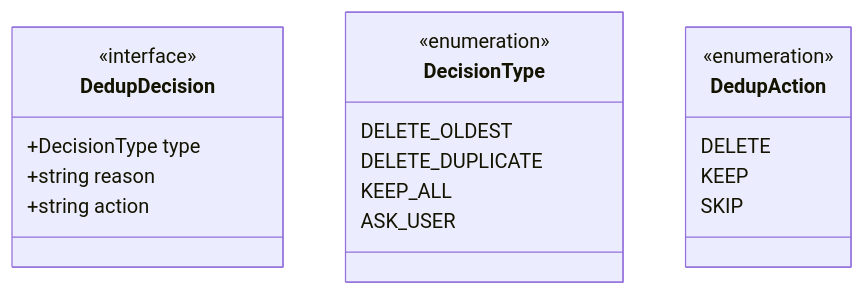
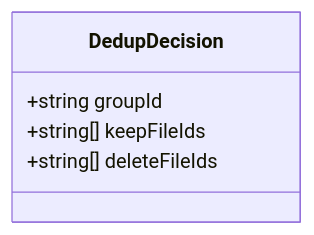
Before and after one commit to remgasuki/ReDoPhoto: the third of 10 diagrams in .qoder/repowiki/zh/content/API参考手册/类型定义参考.md, drawn with Mermaid. The commit also changed other lines of this file and 39 other files, not shown here.

````diff
--- a/.qoder/repowiki/zh/content/API参考手册/类型定义参考.md
+++ b/.qoder/repowiki/zh/content/API参考手册/类型定义参考.md
@@ -142,22 +134,8 @@
 ```mermaid
 classDiagram
 class DedupDecision {
-<<interface>>
-+DecisionType type
-+string reason
-+string action
-}
-class DecisionType {
-<<enumeration>>
-DELETE_OLDEST
-DELETE_DUPLICATE
-KEEP_ALL
-ASK_USER
-}
-class DedupAction {
-<<enumeration>>
-DELETE
-KEEP
-SKIP
++string groupId
++string[] keepFileIds
++string[] deleteFileIds
 }
 ```
````
